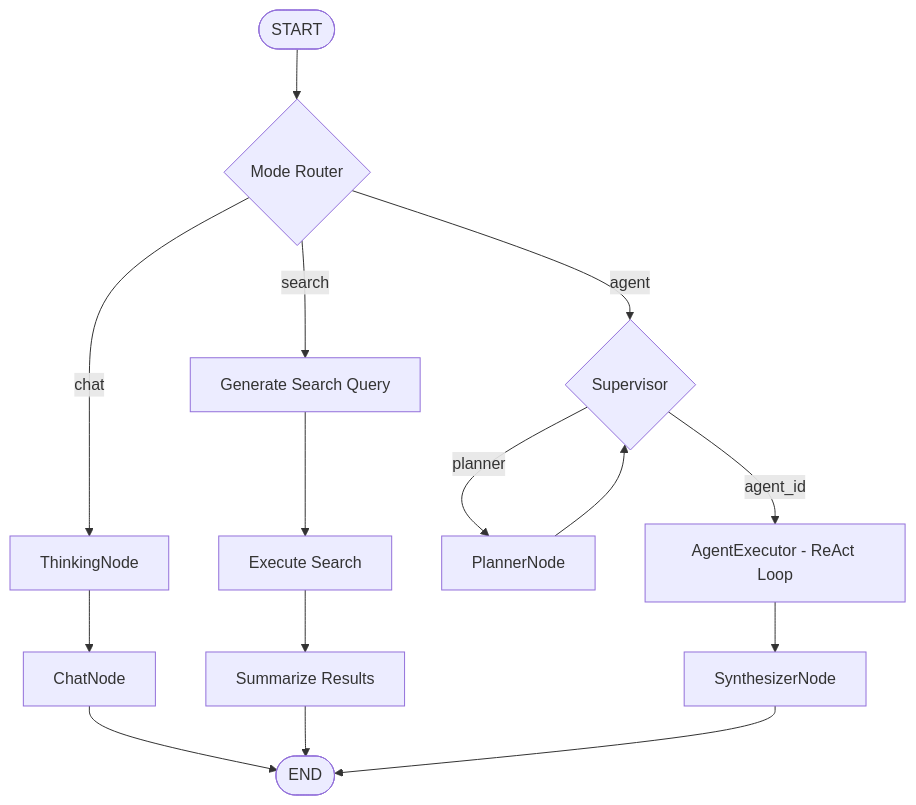
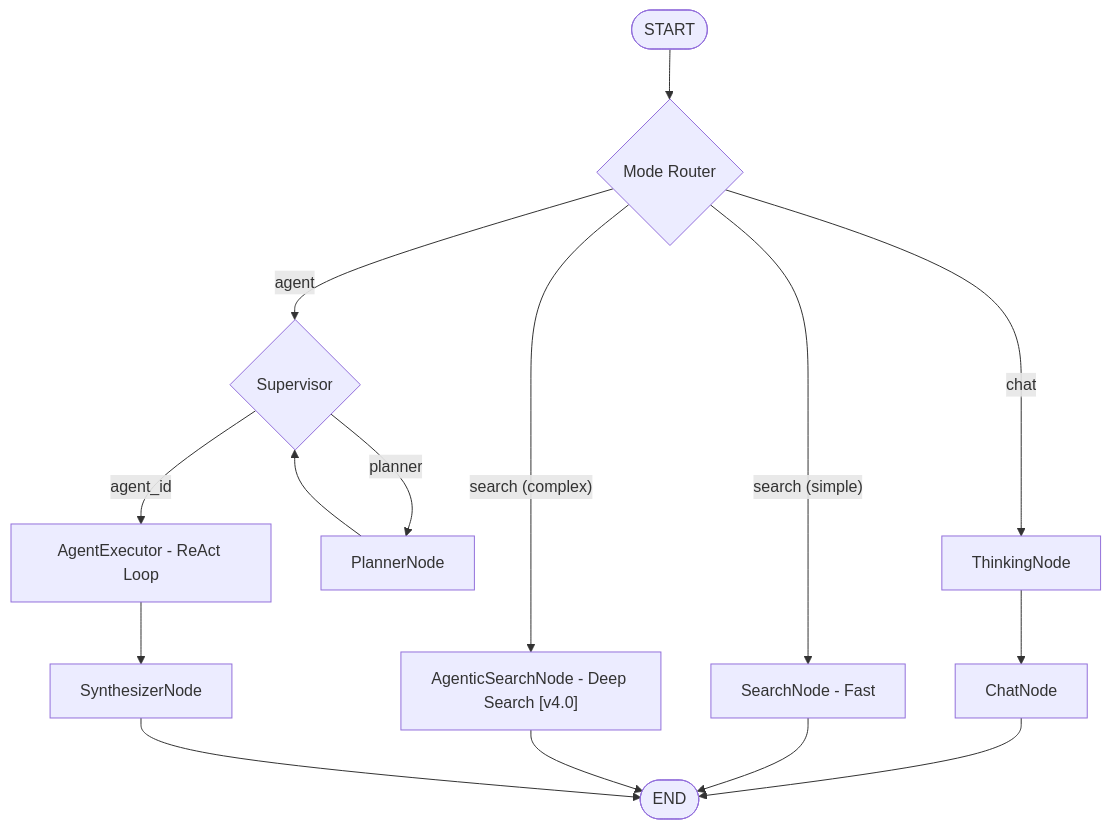
The third of 10 diagrams in docs/architecture/ARCHITECTURE.md (coco4atJP/Tepora-alpha), drawn with Mermaid before and after one commit. The commit also changed other lines of this file and 110 other files, not shown here.

````diff
--- a/docs/architecture/ARCHITECTURE.md
+++ b/docs/architecture/ARCHITECTURE.md
@@ -397,23 +424,23 @@
 ```mermaid
 graph TD
     START([START]) --> ROUTER{Mode Router}
   
     ROUTER -->|chat| THINK[ThinkingNode]
     THINK --> CHAT[ChatNode]
   
-    ROUTER -->|search| SEARCH_Q[Generate Search Query]
-    SEARCH_Q --> SEARCH_EX[Execute Search]
-    SEARCH_EX --> SEARCH_SUM[Summarize Results]
+    ROUTER -->|"search (simple)"| SEARCH[SearchNode - Fast]
+    ROUTER -->|"search (complex)"| AGENTIC["AgenticSearchNode - Deep Search [v4.0]"]
   
     ROUTER -->|agent| SUPERVISOR{Supervisor}
   
     SUPERVISOR -->|planner| PLANNER[PlannerNode]
     PLANNER --> SUPERVISOR
   
     SUPERVISOR -->|agent_id| AGENT_EXEC[AgentExecutor - ReAct Loop]
     AGENT_EXEC --> SYNTH[SynthesizerNode]
   
     CHAT --> END([END])
-    SEARCH_SUM --> END
+    SEARCH --> END
+    AGENTIC --> END
     SYNTH --> END
 ```
````
